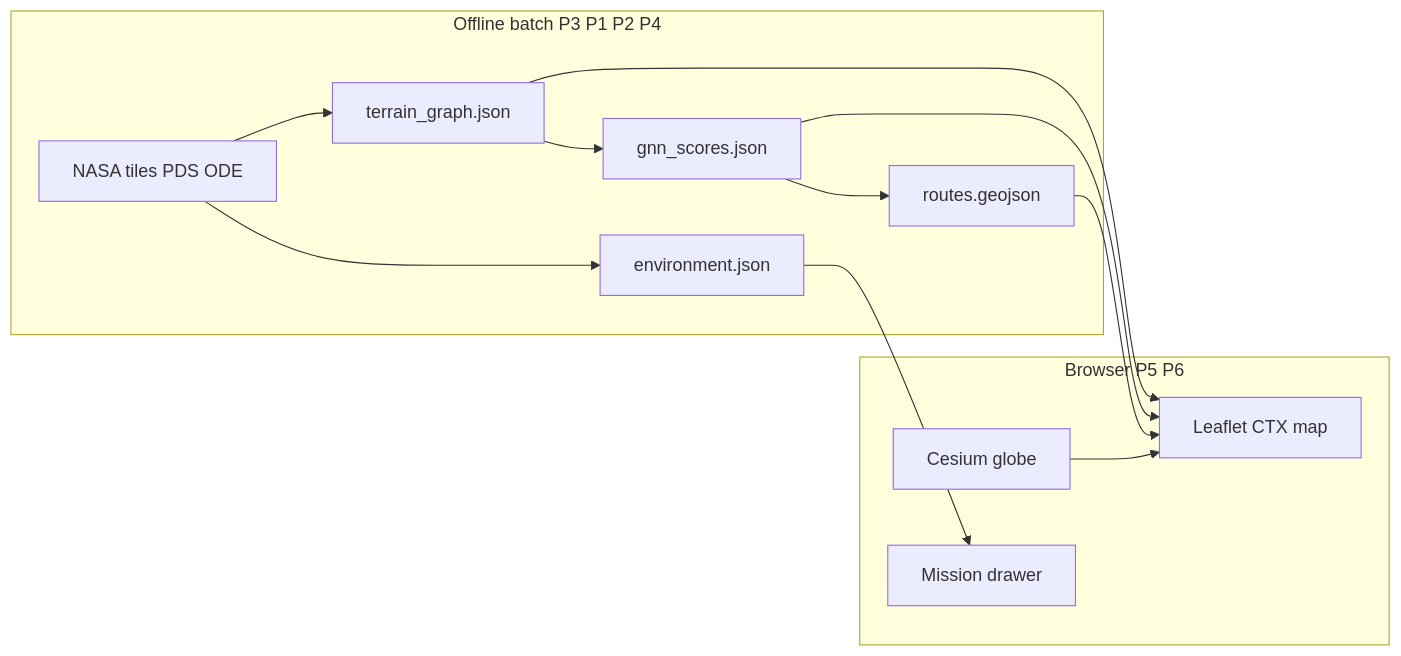
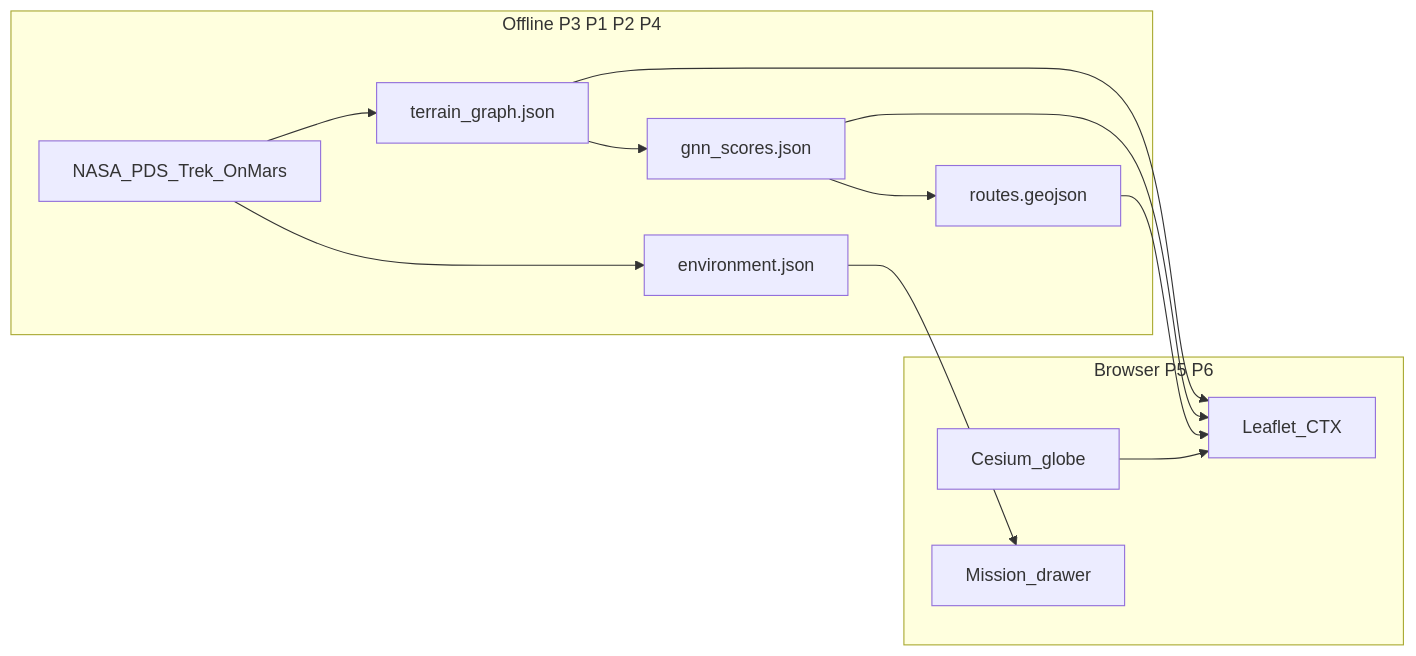
Before and after one commit to parthkarpe5-cmyk/MANGALNAUTS: the first of 2 diagrams in plan.md, drawn with Mermaid. The commit also changed other lines of this file, not shown here.

````diff
--- a/plan.md
+++ b/plan.md
@@ -48,22 +93,22 @@
 ```mermaid
 flowchart LR
-  subgraph offline [Offline batch P3 P1 P2 P4]
-    NASA[NASA tiles PDS ODE]
+  subgraph offline [Offline P3 P1 P2 P4]
+    NASA[NASA_PDS_Trek_OnMars]
     Graph[terrain_graph.json]
     Scores[gnn_scores.json]
     Routes[routes.geojson]
     Env[environment.json]
     NASA --> Graph --> Scores --> Routes
     NASA --> Env
   end
   subgraph runtime [Browser P5 P6]
-    Globe[Cesium globe]
-    Detail[Leaflet CTX map]
-    HUD[Mission drawer]
+    Globe[Cesium_globe]
+    Detail[Leaflet_CTX]
+    HUD[Mission_drawer]
     Graph --> Detail
     Scores --> Detail
     Routes --> Detail
     Env --> HUD
     Globe --> Detail
   end
 ```
````
